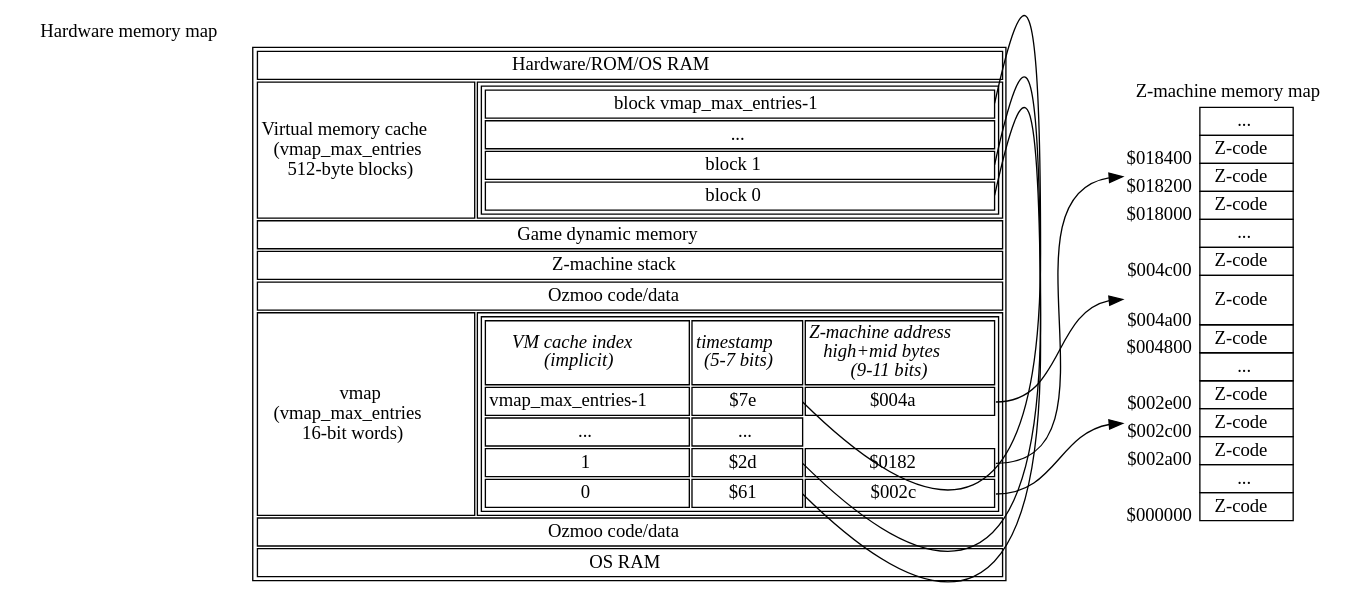
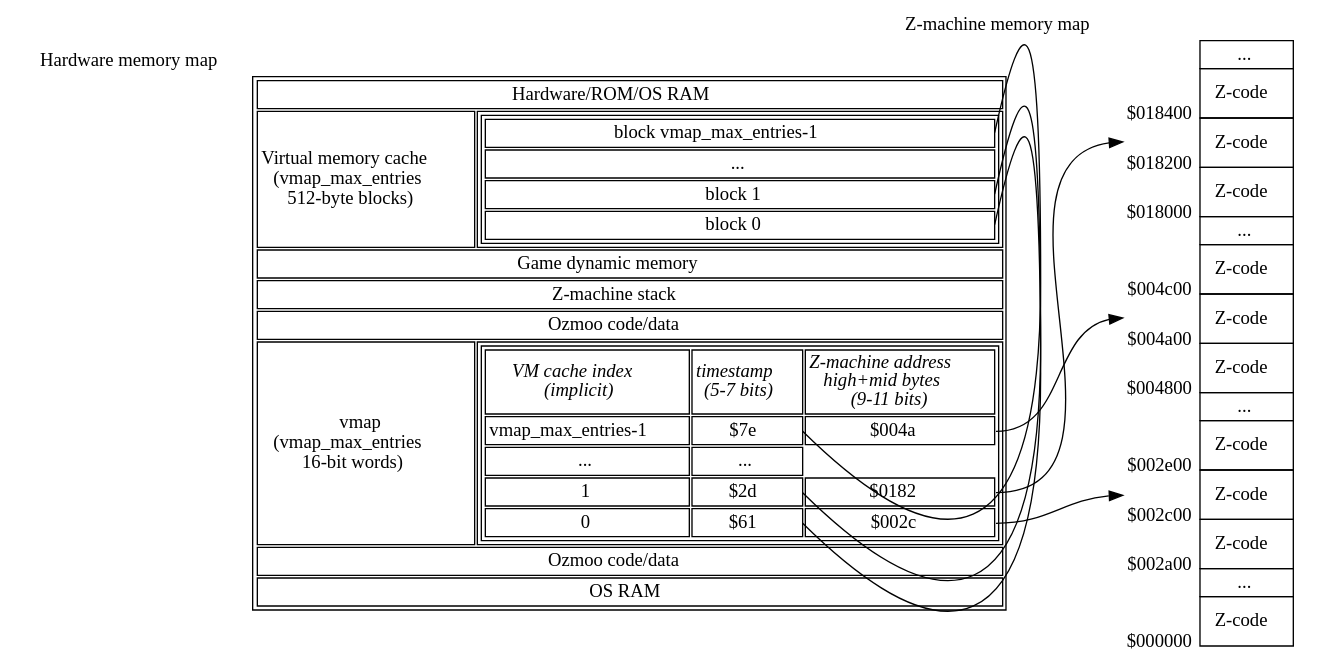
The diagram in documentation/techdocs/memory-map-1.dot (ZornsLemma/ozmoo), drawn with Graphviz before and after one commit.

Commit message:
Snapshot

```diff
--- a/documentation/techdocs/memory-map-1.dot
+++ b/documentation/techdocs/memory-map-1.dot
@@ -1,114 +1,114 @@
 digraph memory {
     forcelabels=true;
     node [shape=plaintext];
 
     # SFTODO: Rename "top" to "ram"?
     top [xlabel="Hardware memory map", label=<
     <table>
         <tr><td colspan="2">Hardware/ROM/OS RAM</td></tr>
         <!-- SFTODO: could label start of this chunk of memory vmap_first_ram_page -->
         <tr><td>Virtual memory cache<br/>(vmap_max_entries<br/>512-byte blocks)</td>
             <td>
                 <table port="vmem">
                     <tr><td port="lastblock">block vmap_max_entries-1</td></tr>
                     <tr><td>...</td></tr>
                     <tr><td port="block1">block 1</td></tr>
                     <tr><td port="block0">block 0</td></tr>
                 </table>
             </td>
         </tr>
         <tr><td colspan="2">Game dynamic memory</td></tr>
         <tr><td colspan="2">Z-machine stack</td></tr>
         <tr><td colspan="2">Ozmoo code/data</td></tr>
         <tr><td>vmap<br/>(vmap_max_entries<br/>16-bit words)</td>
             <td>
                 <table>
                     <tr>
                         <td><i>VM cache index<br/>(implicit)</i></td>
                         <td><i>timestamp<br/>(5-7 bits)</i></td>
                         <td><i>Z-machine address<br/>high+mid bytes<br/>(9-11 bits)</i></td>
                     </tr>
                     <tr><td>vmap_max_entries-1</td><td port="xlastblock">$7e</td><td port="z004a">$004a</td></tr>
                     <tr><td>...</td><td>...</td></tr>
                     <tr><td>1</td><td port="xblock1">$2d</td><td port="z0182">$0182</td></tr>
                     <tr><td>0</td><td port="xblock0">$61</td><td port="z002c">$002c</td></tr>
                 </table>
             </td>
         </tr>
         <tr><td colspan="2">Ozmoo code/data</td></tr>
         <tr><td colspan="2">OS RAM</td></tr>
     </table>>];
 
     zmachine [xlabel="Z-machine memory map", label=<
     <table border="0" cellspacing="0">
         <tr>
             <td></td>
             <td border="1">...</td>
         </tr>
         <tr>
-            <td><sub>$018400</sub></td>
-            <td border="1">Z-code</td>
+            <td valign="bottom"><sub>$018400</sub></td>
+            <td border="1" cellpadding="10">Z-code</td>
         </tr>
         <tr>
-            <td port="z0182"><sub>$018200</sub></td>
-            <td border="1">Z-code</td>
+            <td port="z0182" valign="bottom"><sub>$018200</sub></td>
+            <td border="1" cellpadding="10">Z-code</td>
         </tr>
         <tr>
-            <td><sub>$018000</sub></td>
-            <td border="1">Z-code</td>
+            <td valign="bottom"><sub>$018000</sub></td>
+            <td border="1" cellpadding="10">Z-code</td>
         </tr>
         <tr>
             <td></td>
             <td border="1">...</td>
         </tr>
         <tr>
-            <td><sub>$004c00</sub></td>
-            <td border="1">Z-code</td>
+            <td valign="bottom"><sub>$004c00</sub></td>
+            <td border="1" cellpadding="10">Z-code</td>
         </tr>
         <tr>
             <td port="z004a" valign="bottom"><sub>$004a00</sub></td>
             <td border="1" cellpadding="10">Z-code</td>
         </tr>
         <tr>
-            <td><sub>$004800</sub></td>
-            <td border="1">Z-code</td>
+            <td valign="bottom"><sub>$004800</sub></td>
+            <td border="1" cellpadding="10">Z-code</td>
         </tr>
         <tr>
             <td></td>
             <td border="1">...</td>
         </tr>
         <tr>
-            <td><sub>$002e00</sub></td>
-            <td border="1">Z-code</td>
+            <td valign="bottom"><sub>$002e00</sub></td>
+            <td border="1" cellpadding="10">Z-code</td>
         </tr>
         <tr>
-            <td port="z002c"><sub>$002c00</sub></td>
-            <td border="1">Z-code</td>
+            <td port="z002c" valign="bottom"><sub>$002c00</sub></td>
+            <td border="1" cellpadding="10">Z-code</td>
         </tr>
         <tr>
-            <td><sub>$002a00</sub></td>
-            <td border="1">Z-code</td>
+            <td valign="bottom"><sub>$002a00</sub></td>
+            <td border="1" cellpadding="10">Z-code</td>
         </tr>
         <tr>
             <td></td>
             <td border="1">...</td>
         </tr>
         <tr>
-            <td><sub>$000000</sub></td>
-            <td border="1">Z-code</td>
+            <td valign="bottom"><sub>$000000</sub></td>
+            <td border="1" cellpadding="10">Z-code</td>
         </tr>
     </table>>];
 
     {rank = same; top zmachine};
 
     # Get rid of these lines, since they don't route well?
     top:lastblock:e -> top:xlastblock:e [dir=none];
     top:block1:e -> top:xblock1:e [dir=none];
     top:block0:e -> top:xblock0:e [dir=none];
 
     top:z004a:e -> zmachine:z004a:w;
     top:z002c:e -> zmachine:z002c:w;
     top:z0182:e -> zmachine:z0182:w;
 }
 
 # vi: sw=4 sts=4
```
